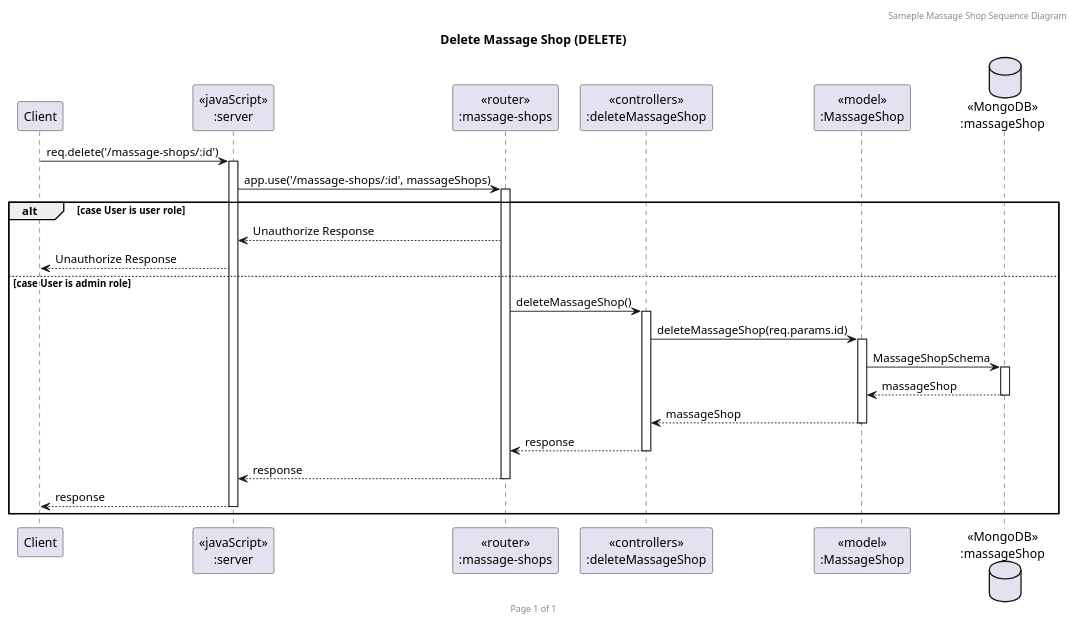
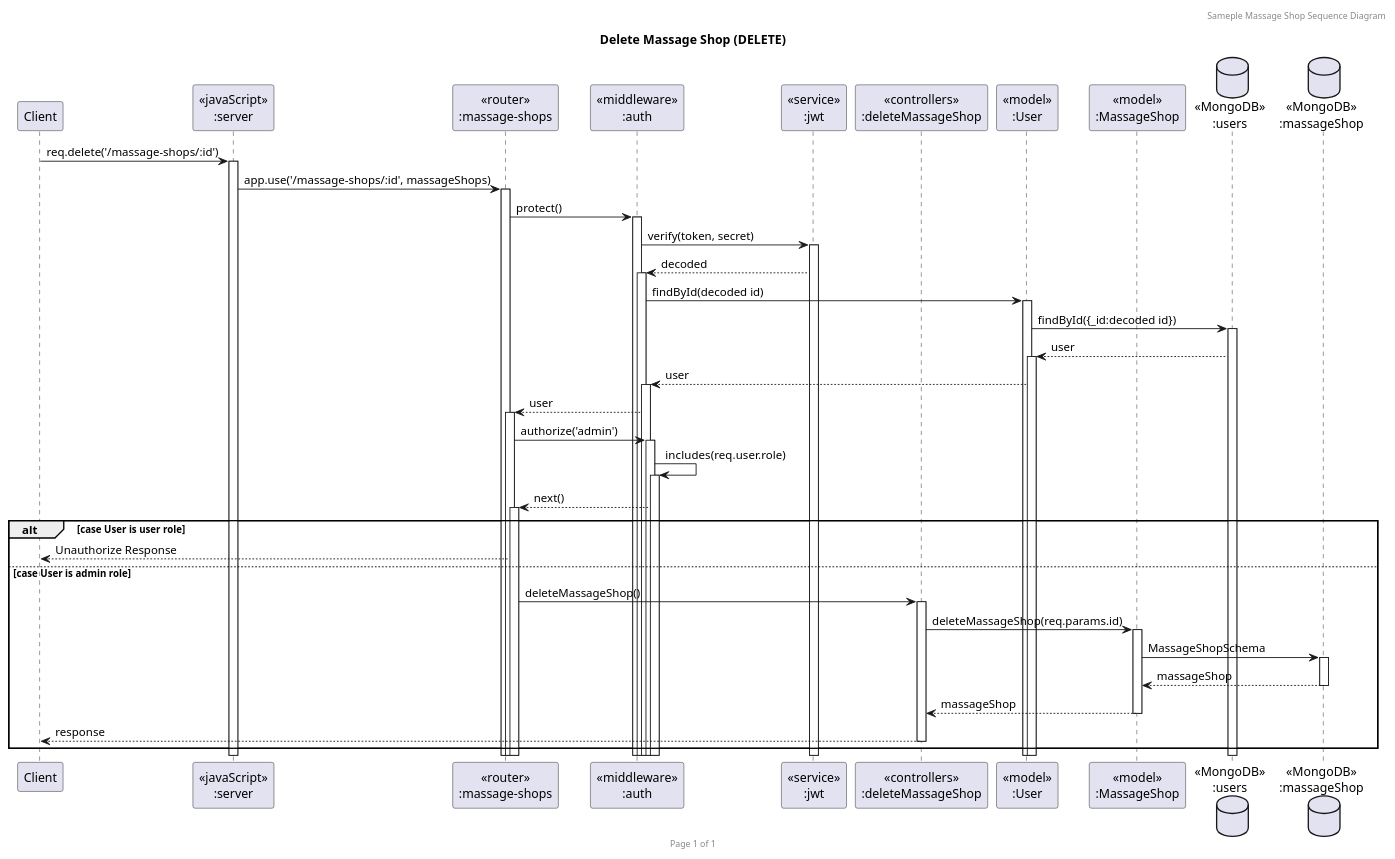
The diagram in sequence_diagram/MassageSequence_delete_massage_shop.puml (BabeTanya/massage-catherine), drawn with PlantUML before and after one commit. The commit also changed 13 other files, not shown here.

Commit message:
Revise sequence diagram and import new collection postman

```diff
--- a/sequence_diagram/MassageSequence_delete_massage_shop.puml
+++ b/sequence_diagram/MassageSequence_delete_massage_shop.puml
@@ -1,29 +1,44 @@
 @startuml Delete Massage Shop (DELETE)
 
 header Sameple Massage Shop Sequence Diagram
 footer Page %page% of %lastpage%
 title "Delete Massage Shop (DELETE)"
 
 participant "Client" as client
 participant "<<javaScript>>\n:server" as server
 participant "<<router>>\n:massage-shops" as routerMassageShop
+participant "<<middleware>>\n:auth" as middleware
+participant "<<service>>\n:jwt" as service
 participant "<<controllers>>\n:deleteMassageShop" as controllersDeleteMassageShop
+participant "<<model>>\n:User" as modelUser
 participant "<<model>>\n:MassageShop" as modelMassageShop
+database "<<MongoDB>>\n:users" as UsersDatabase
 database "<<MongoDB>>\n:massageShop" as MassageShopDatabase
 
 client->server ++:req.delete('/massage-shops/:id')
 server->routerMassageShop ++:app.use('/massage-shops/:id', massageShops)
+routerMassageShop -> middleware ++:protect()
+middleware -> service ++:verify(token, secret)
+middleware <-- service ++:decoded
+middleware -> modelUser ++:findById(decoded id)
+modelUser -> UsersDatabase ++:findById({_id:decoded id})
+modelUser <-- UsersDatabase ++:user
+middleware <-- modelUser ++:user
+routerMassageShop <-- middleware ++:user
+routerMassageShop -> middleware ++:authorize('admin')
+middleware -> middleware ++:includes(req.user.role)
+routerMassageShop <-- middleware ++:next()
 alt case User is user role
-server<--routerMassageShop: Unauthorize Response
-client <-- server: Unauthorize Response
+client<--routerMassageShop: Unauthorize Response
+' client <-- server: Unauthorize Response
 else case User is admin role
 routerMassageShop -> controllersDeleteMassageShop ++:deleteMassageShop()
 controllersDeleteMassageShop->modelMassageShop ++:deleteMassageShop(req.params.id)
 modelMassageShop ->MassageShopDatabase ++: MassageShopSchema
 MassageShopDatabase --> modelMassageShop --: massageShop
 controllersDeleteMassageShop <-- modelMassageShop --:massageShop
-routerMassageShop <-- controllersDeleteMassageShop --:response
-server <-- routerMassageShop --:response
-client <-- server --:response
+client <-- controllersDeleteMassageShop --:response
+' server <-- routerMassageShop --:response
+' client <-- server --:response
 end
 @enduml
```
